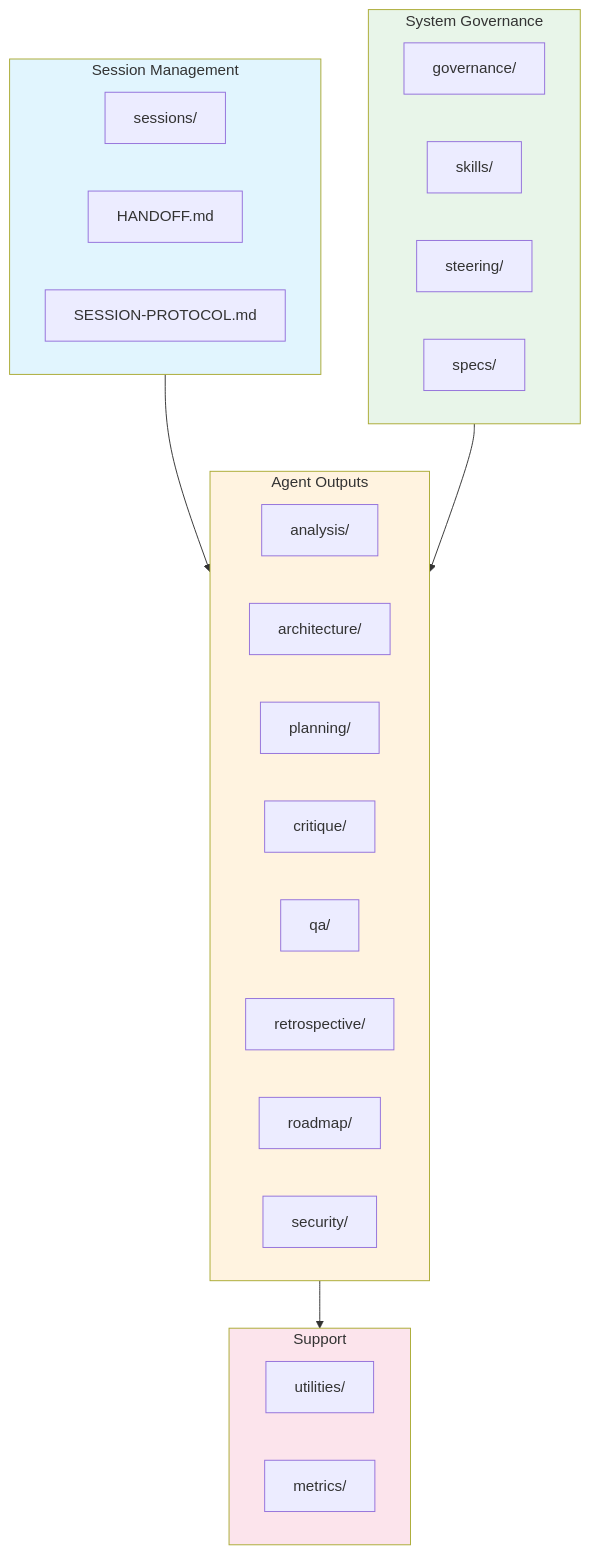
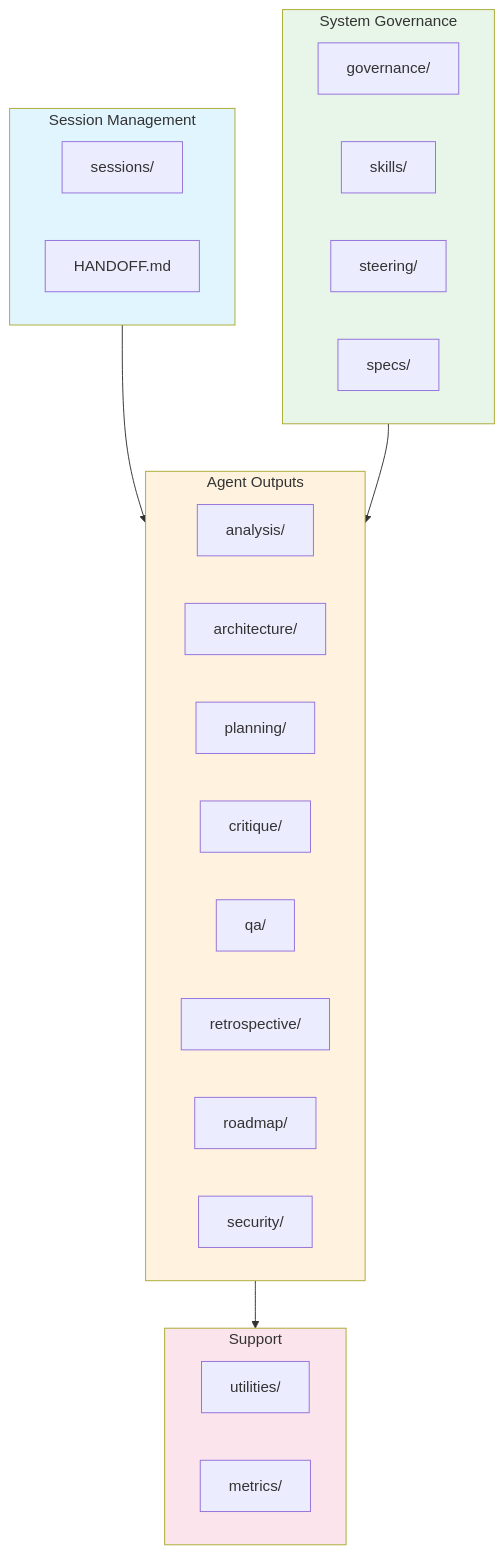
One commit to rjmurillo/ai-agents changed the first of 3 diagrams in .agents/AGENTS.md. Above: the diagram before and after it, drawn with Mermaid. The commit also changed other lines of this file and 1 other file, not shown here.

First line of the commit message:
chore(agents): drop SESSION-PROTOCOL.md refs from AGENT-INSTRUCTIONS.md/AGENTS.md

````diff
--- a/.agents/AGENTS.md
+++ b/.agents/AGENTS.md
@@ -11,40 +11,39 @@
 ```mermaid
 flowchart TD
     subgraph Sessions["Session Management"]
         SL[sessions/]
         HP[HANDOFF.md]
-        SP[SESSION-PROTOCOL.md]
     end
 
     subgraph Artifacts["Agent Outputs"]
         AN[analysis/]
         AR[architecture/]
         PL[planning/]
         CR[critique/]
         QA[qa/]
         RT[retrospective/]
         RM[roadmap/]
         SC[security/]
     end
 
     subgraph Governance["System Governance"]
         GV[governance/]
         SK[skills/]
         ST[steering/]
         SS[specs/]
     end
 
     subgraph Utilities["Support"]
         UT[utilities/]
         MT[metrics/]
     end
 
     Sessions --> Artifacts
     Governance --> Artifacts
     Artifacts --> Utilities
 
     style Sessions fill:#e1f5fe
     style Artifacts fill:#fff3e0
     style Governance fill:#e8f5e9
     style Utilities fill:#fce4ec
 ```
````
